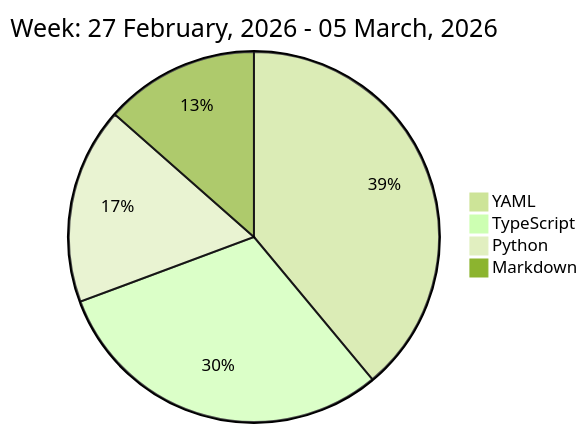
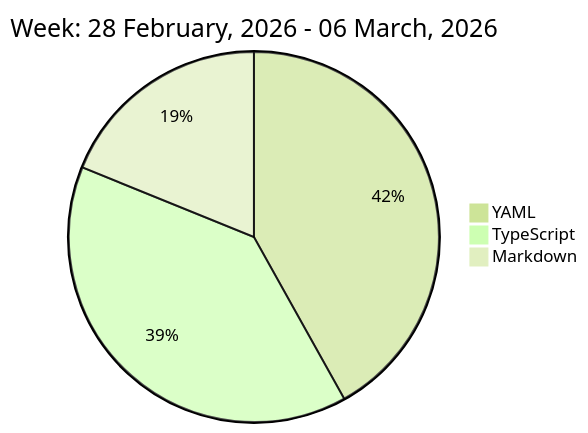
The diagram in README.md (liubin95/liubin95), drawn with Mermaid (forest theme) before and after one commit.

Commit message:
Updated the Graph with new Metrics

````diff
--- a/README.md
+++ b/README.md
@@ -37,8 +37,7 @@
 ```mermaid
  pie
-title Week: 27 February, 2026 - 05 March, 2026
- "YAML" : 6.58
- "TypeScript" : 5.13
- "Python" : 2.9
- "Markdown" : 2.28
+title Week: 28 February, 2026 - 06 March, 2026
+ "YAML" : 6.62
+ "TypeScript" : 6.2
+ "Markdown" : 2.98
 ```
````
